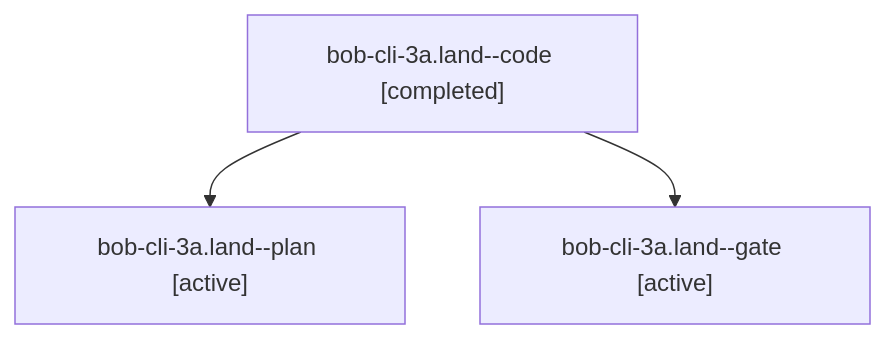
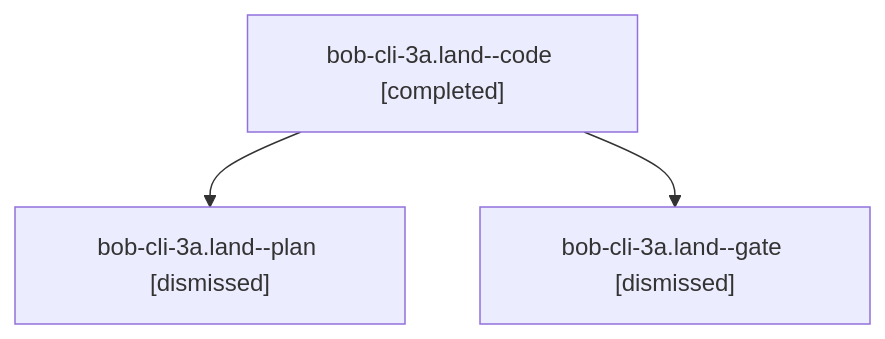
Before and after one commit to bobs-org/bob-cli--agents: the diagram in sessions/bbugyi200.apollo.bob-cli-3a.land.md, drawn with Mermaid. The commit also changed other lines of this file and 59 other files, not shown here.

````diff
--- a/sessions/bbugyi200.apollo.bob-cli-3a.land.md
+++ b/sessions/bbugyi200.apollo.bob-cli-3a.land.md
@@ -9,8 +9,8 @@
 ```mermaid
 flowchart TD
   n0["bob-cli-3a.land--code [completed]"]
-  n1["bob-cli-3a.land--plan [active]"]
+  n1["bob-cli-3a.land--plan [dismissed]"]
   n0 --> n1
-  n2["bob-cli-3a.land--gate [active]"]
+  n2["bob-cli-3a.land--gate [dismissed]"]
   n0 --> n2
 ```
````
